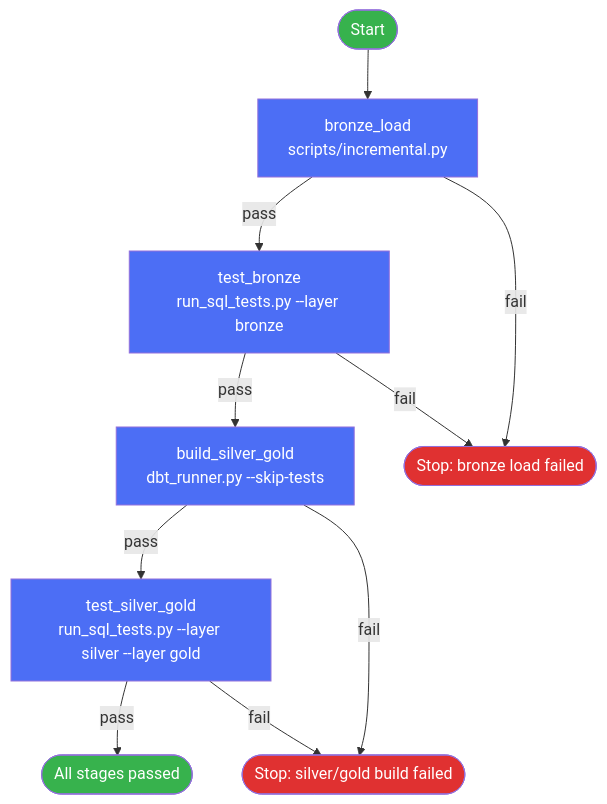
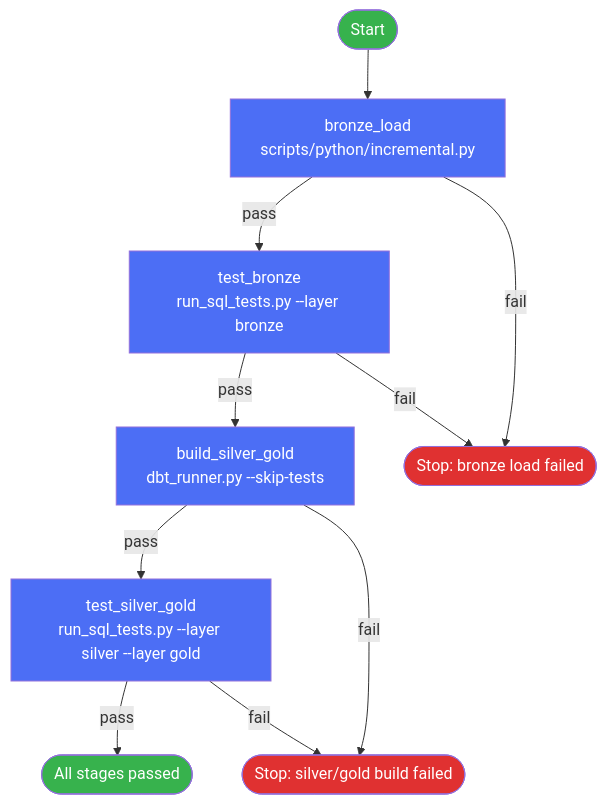
Before and after one commit to Nitinx12/Museum-Project: the diagram in docs/Pipeline.md, drawn with Mermaid. The commit also changed other lines of this file and 4 other files, not shown here.

````diff
--- a/docs/Pipeline.md
+++ b/docs/Pipeline.md
@@ -11,20 +11,20 @@
 ```mermaid
 flowchart TB
-    start(["Start"]) --> bronze["bronze_load<br/>scripts/incremental.py"]
+    start(["Start"]) --> bronze["bronze_load<br/>scripts/python/incremental.py"]
     bronze -->|pass| tbronze["test_bronze<br/>run_sql_tests.py --layer bronze"]
     bronze -->|fail| stop1(["Stop: bronze load failed"])
     tbronze -->|pass| build["build_silver_gold<br/>dbt_runner.py --skip-tests"]
     tbronze -->|fail| stop1
     build -->|pass| tsg["test_silver_gold<br/>run_sql_tests.py --layer silver --layer gold"]
     build -->|fail| stop2(["Stop: silver/gold build failed"])
     tsg -->|pass| done(["All stages passed"])
     tsg -->|fail| stop2
 
     classDef step fill:#4C6EF5,color:#fff
     classDef bad fill:#E03131,color:#fff
     classDef ok fill:#37B24D,color:#fff
 
     class bronze,tbronze,build,tsg step
     class stop1,stop2 bad
     class done,start ok
 ```
````
